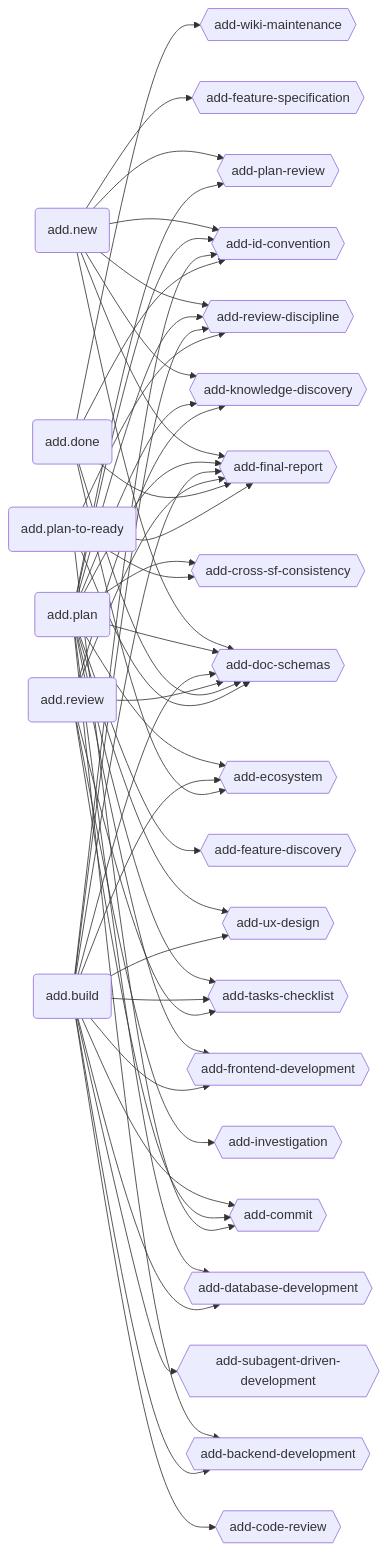
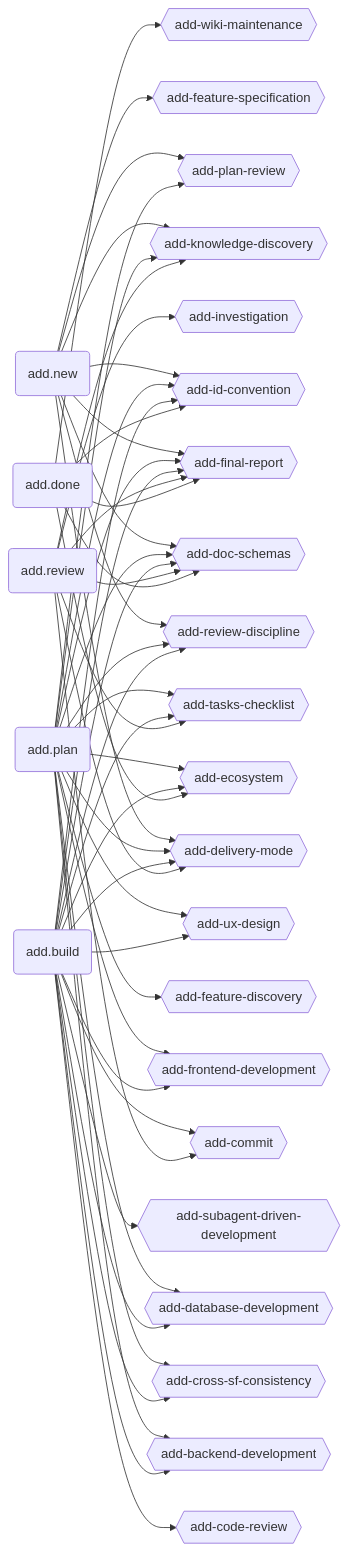
The first of 3 diagrams in ecosystem.md (brabos-ai/code-addiction), drawn with Mermaid before and after one commit. The commit also changed other lines of this file and 2 other files, not shown here.

Commit message:
docs(sync): reflect add.plan-to-ready removal and add-delivery-mode addition
Fixes a pre-existing gap where add.build's ecosystem map row omitted
add-cross-sf-consistency, regenerates ecosystem.md's Mermaid graphs to
drop the removed command and add the delivery-mode skill, and updates
docs.astro's skills grid and stale graph stats.

````diff
--- a/ecosystem.md
+++ b/ecosystem.md
@@ -8,37 +8,36 @@
 ```mermaid
 graph LR
   NEW(add.new)
   PLAN(add.plan)
   BUILD(add.build)
   REVIEW(add.review)
   DONE(add.done)
-  PLANTOREADY(add.plan-to-ready)
 
   BADE{{add-backend-development}}
   CORE{{add-code-review}}
   CO{{add-commit}}
   CSC{{add-cross-sf-consistency}}
   DADE{{add-database-development}}
+  DELMO{{add-delivery-mode}}
   DOSC{{add-doc-schemas}}
   EC{{add-ecosystem}}
   FEDI{{add-feature-discovery}}
   FESP{{add-feature-specification}}
   FINR{{add-final-report}}
   FRDE{{add-frontend-development}}
   IDCO{{add-id-convention}}
   IN{{add-investigation}}
   KNDI{{add-knowledge-discovery}}
   PRV{{add-plan-review}}
   RVDI{{add-review-discipline}}
   SDDA{{add-subagent-driven-development}}
   TACH{{add-tasks-checklist}}
   UXDE{{add-ux-design}}
   WIMA{{add-wiki-maintenance}}
 
-  NEW --> DOSC & FESP & FINR & IDCO & KNDI & PRV & RVDI
-  PLAN --> BADE & CSC & DADE & DOSC & EC & FEDI & FINR & FRDE & IDCO & KNDI & PRV & RVDI & TACH & UXDE
-  BUILD --> BADE & CORE & CO & DADE & DOSC & EC & FINR & FRDE & IDCO & RVDI & SDDA & TACH & UXDE
-  REVIEW --> CO & DOSC & FINR & IN & KNDI & TACH
+  NEW --> DELMO & DOSC & FESP & FINR & IDCO & KNDI & PRV & RVDI
+  PLAN --> BADE & CSC & DADE & DELMO & DOSC & EC & FEDI & FINR & FRDE & IDCO & KNDI & PRV & RVDI & TACH & UXDE
+  BUILD --> BADE & CORE & CO & CSC & DADE & DELMO & DOSC & EC & FINR & FRDE & IDCO & RVDI & SDDA & TACH & UXDE
+  REVIEW --> CO & DELMO & DOSC & FINR & IN & KNDI & TACH
   DONE --> DOSC & EC & FINR & IDCO & WIMA
-  PLANTOREADY --> CO & CSC & DOSC & FINR & RVDI
 ```
````
